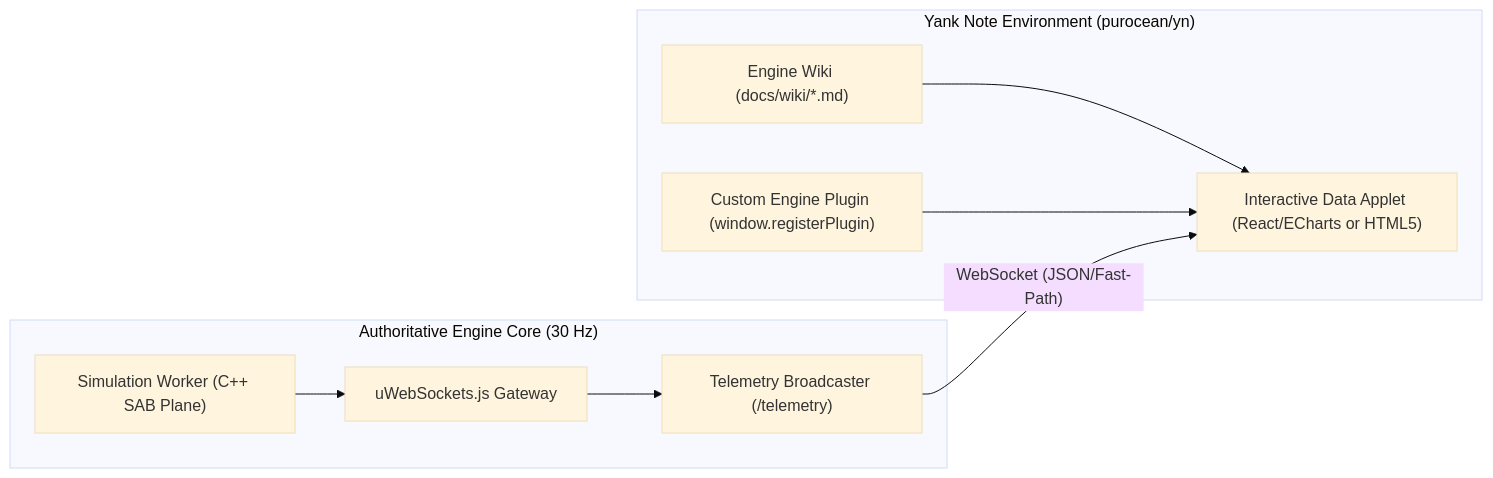
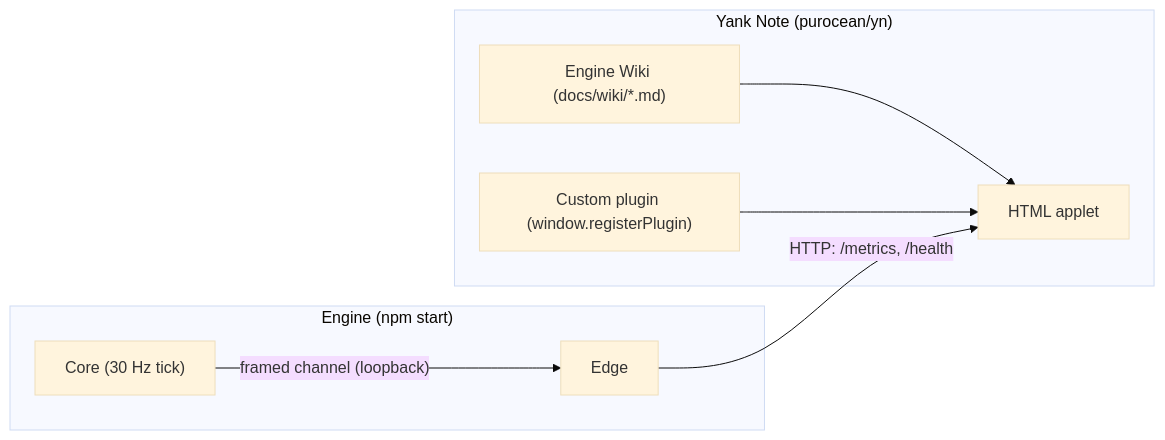
One commit to SirHertzAlot/NexusMMOEngine changed the diagram in docs/wiki/10-developer-tooling-and-yank-note.md. Above: the diagram before and after it, drawn with Mermaid (base theme). The commit also changed other lines of this file and 16 other files, not shown here.

````diff
--- a/docs/wiki/10-developer-tooling-and-yank-note.md
+++ b/docs/wiki/10-developer-tooling-and-yank-note.md
@@ -38,21 +38,18 @@
 ```mermaid
 flowchart LR
-    subgraph EngineCore["Authoritative Engine Core (30 Hz)"]
-        SIM["Simulation Worker (C++ SAB Plane)"]
-        GATEWAY["uWebSockets.js Gateway"]
-        TELEM["Telemetry Broadcaster (/telemetry)"]
-        SIM --> GATEWAY
-        GATEWAY --> TELEM
+    subgraph Engine["Engine (npm start)"]
+        CORE["Core (30 Hz tick)"]
+        EDGE["Edge"]
+        CORE -- "framed channel (loopback)" --> EDGE
     end
 
-    subgraph YankNote["Yank Note Environment (purocean/yn)"]
+    subgraph YankNote["Yank Note (purocean/yn)"]
         WIKI["Engine Wiki (docs/wiki/*.md)"]
-        APPLET["Interactive Data Applet (React/ECharts or HTML5)"]
-        PLUGIN["Custom Engine Plugin (window.registerPlugin)"]
-        
+        APPLET["HTML applet"]
+        PLUGIN["Custom plugin (window.registerPlugin)"]
         WIKI --> APPLET
         PLUGIN --> APPLET
     end
 
-    TELEM -- "WebSocket (JSON/Fast-Path)" --> APPLET
+    EDGE -- "HTTP: /metrics, /health" --> APPLET
 ```
````
